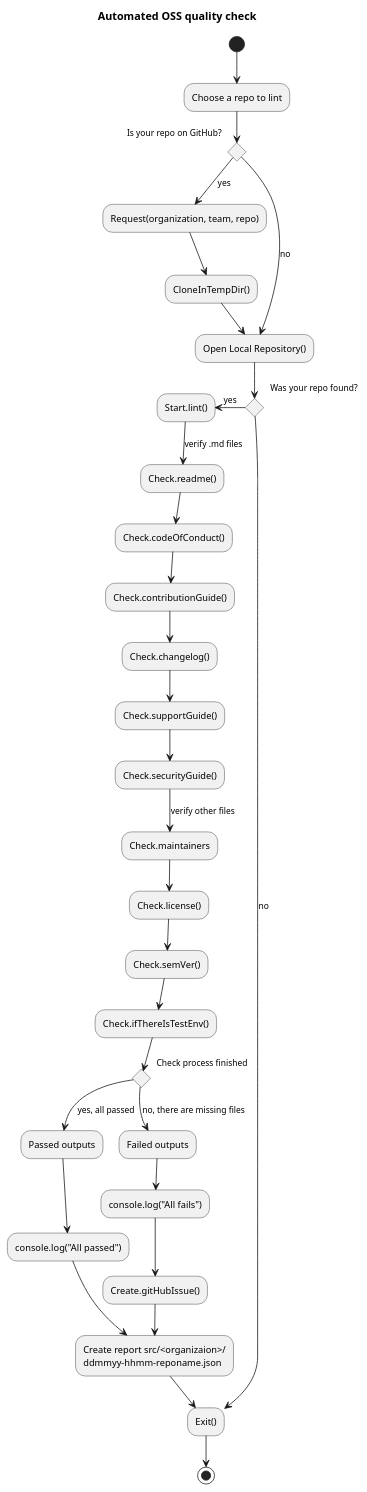
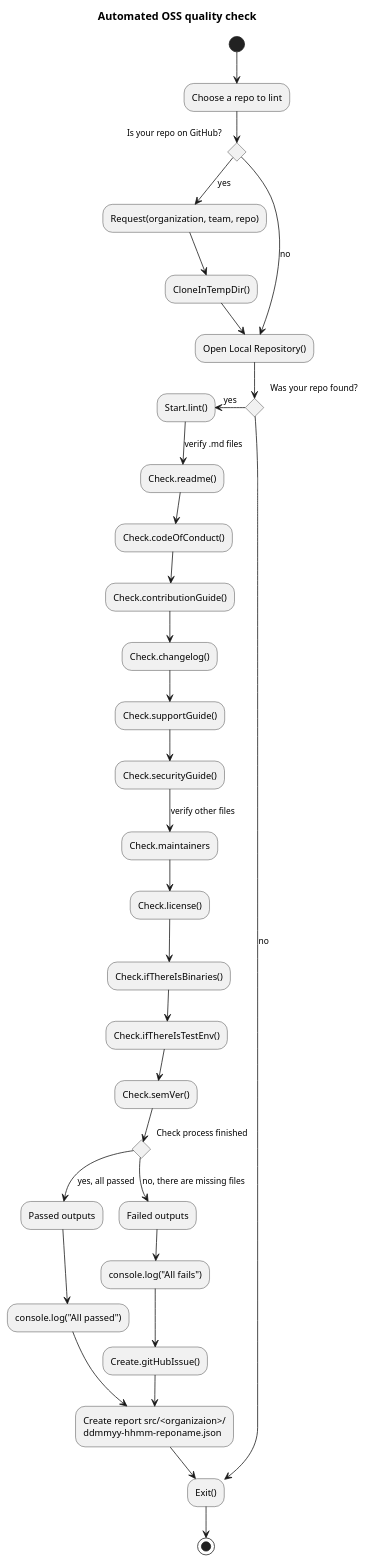
Before and after one commit to saucelabs/check-my-repo: the diagram in diagrams/activity.puml, drawn with PlantUML.

Commit message:
Change order to march rule file order

```diff
--- a/diagrams/activity.puml
+++ b/diagrams/activity.puml
@@ -1,44 +1,45 @@
 @startuml
 title Automated OSS quality check
 
 (*) --> "Choose a repo to lint"
 
 if "Is your repo on GitHub?" then
   -->[yes] Request(organization, team, repo)
   --> CloneInTempDir()
   --> Open Local Repository()
   else
     -->[no] Open Local Repository()
 endif
 
 if "Was your repo found?" then
   -left->[yes] Start.lint()
     --> [verify .md files] Check.readme()
     --> Check.codeOfConduct()
     --> Check.contributionGuide()
     --> Check.changelog()
     --> Check.supportGuide()
     --> Check.securityGuide()
     --> [verify other files] Check.maintainers
     --> Check.license()
+    --> Check.ifThereIsBinaries()
+    --> Check.ifThereIsTestEnv()
     --> Check.semVer()
-    --> Check.ifThereIsTestEnv()
 
     if "Check process finished" then
       -->[yes, all passed] Passed outputs
       --> console.log("All passed")
       --> "Create report src/<organizaion>/
           ddmmyy-hhmm-reponame.json"
         else
           -->[no, there are missing files] Failed outputs
           --> console.log("All fails")
           --> Create.gitHubIssue()
           --> "Create report src/<organizaion>/
               ddmmyy-hhmm-reponame.json"
       --> Exit()
       -->(*)
     endif
   else
     --> [no] Exit()
 endif
 @enduml
```
